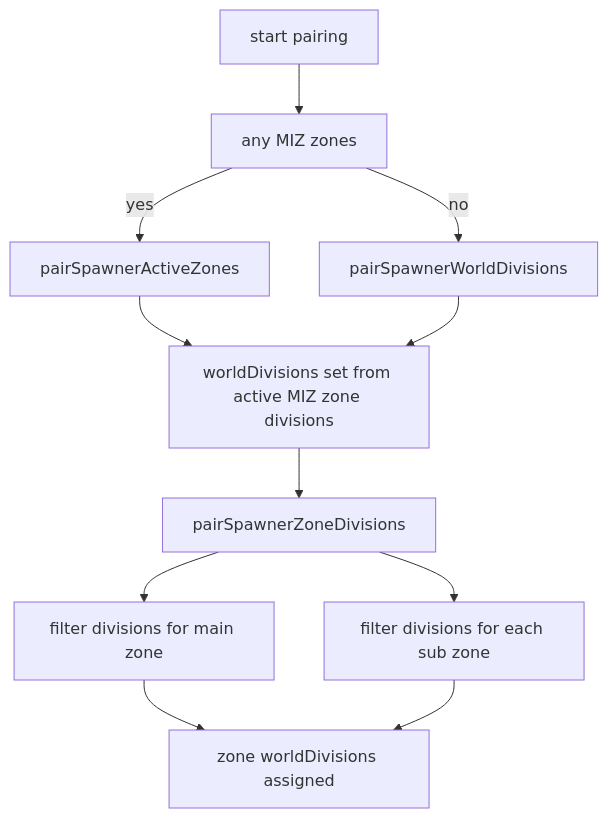
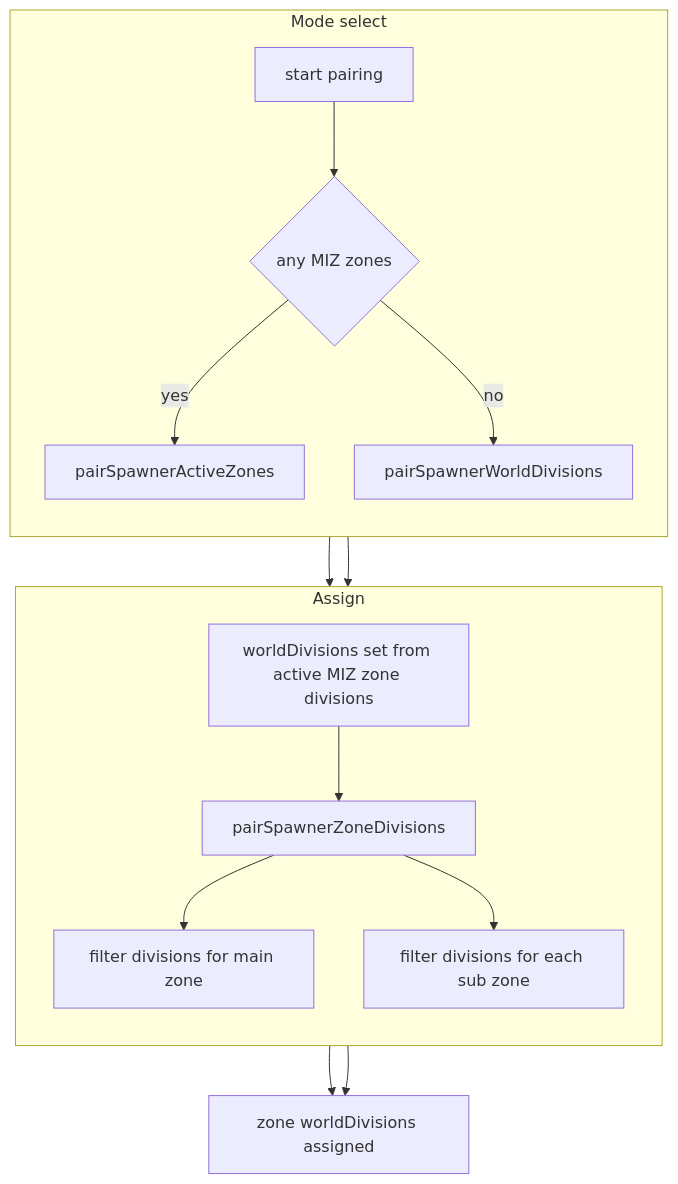
One commit to Gh0st352/AETHR changed the second of 5 diagrams in docs/spawner/zones_and_divisions.md. Above: the diagram before and after it, drawn with Mermaid. The commit also changed other lines of this file and 9 other files, not shown here.

First line of the commit message:
docs(spawner, mermaid): restructure diagrams and clarify headings

````diff
--- a/docs/spawner/zones_and_divisions.md
+++ b/docs/spawner/zones_and_divisions.md
@@ -29,13 +38,24 @@
 ```mermaid
+%% shared theme: docs/_mermaid/theme.json %%
 flowchart TD
-  P0[start pairing] --> P1[any MIZ zones]
-  P1 -- yes --> A0[pairSpawnerActiveZones]
-  P1 -- no --> W2x[pairSpawnerWorldDivisions]
-  A0 --> W3[worldDivisions set from active MIZ zone divisions]
-  W2x --> W3
-  W3 --> ZD[pairSpawnerZoneDivisions]
-  ZD --> ZDm[filter divisions for main zone]
-  ZD --> ZDs[filter divisions for each sub zone]
+  subgraph "Mode select"
+    direction TB
+    P0[start pairing] --> P1{any MIZ zones}
+    P1 -- "yes" --> A0[pairSpawnerActiveZones]
+    P1 -- "no" --> W2x[pairSpawnerWorldDivisions]
+  end
+  subgraph "Assign"
+    direction TB
+    A0 --> W3[worldDivisions set from active MIZ zone divisions]
+    W2x --> W3
+    W3 --> ZD[pairSpawnerZoneDivisions]
+    ZD --> ZDm[filter divisions for main zone]
+    ZD --> ZDs[filter divisions for each sub zone]
+  end
   ZDm --> OUT[zone worldDivisions assigned]
   ZDs --> OUT
+  class P0 class_io;
+  class P1 class_decision;
+  class A0,W2x,W3,ZD,ZDm,ZDs class_step;
+  class OUT class_result;
 ```
````
